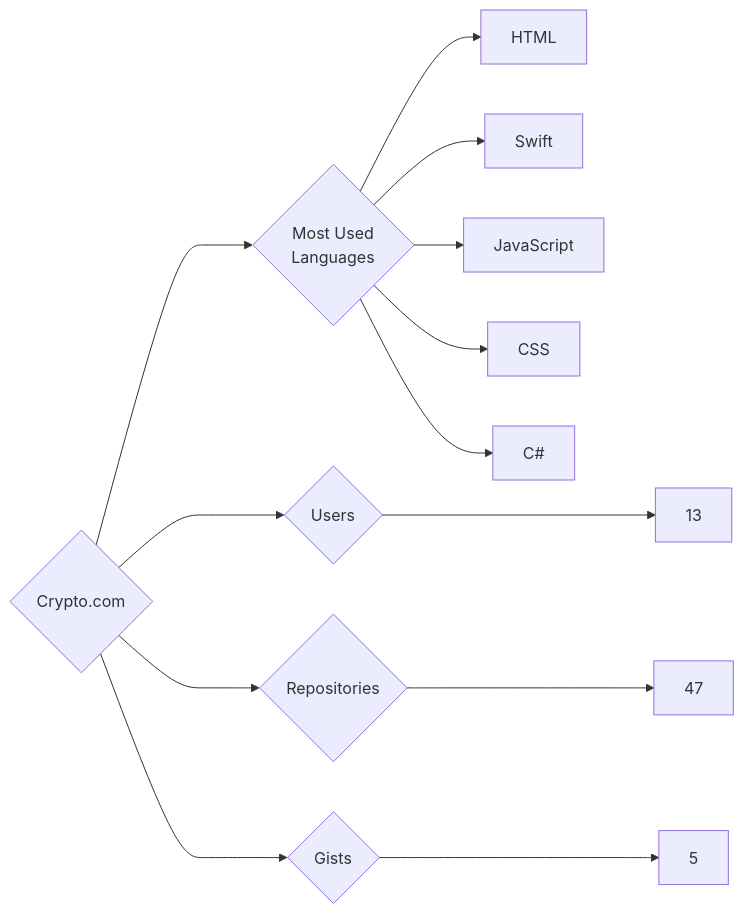
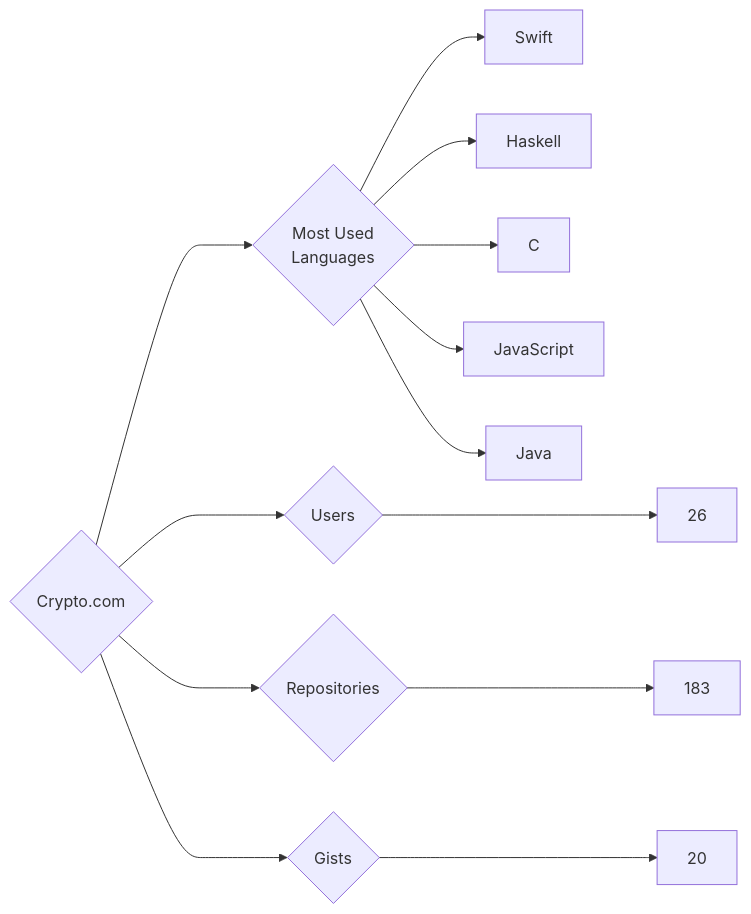
One commit to trickest/insiders changed the diagram in targets/Crypto.com/README.md. Above: the diagram before and after it, drawn with Mermaid. The commit also changed 714 other files, not shown here.

````diff
--- a/targets/Crypto.com/README.md
+++ b/targets/Crypto.com/README.md
@@ -3,13 +3,13 @@
 ```mermaid
 graph LR
 COMPANY_NAME{Crypto.com}
-COMPANY_NAME ---> U{Users} ---> UN[13]
-COMPANY_NAME ---> R{Repositories} ---> RN[47]
-COMPANY_NAME ---> G{Gists} ---> GN[5]
+COMPANY_NAME ---> U{Users} ---> UN[26]
+COMPANY_NAME ---> R{Repositories} ---> RN[183]
+COMPANY_NAME ---> G{Gists} ---> GN[20]
 COMPANY_NAME ---> ML{Most Used<br>Languages}
-ML --> HTML[HTML]
 ML --> Swift[Swift]
+ML --> Haskell[Haskell]
+ML --> C[C]
 ML --> JavaScript[JavaScript]
-ML --> CSS[CSS]
-ML --> C#[C#]
+ML --> Java[Java]
 ```
````
